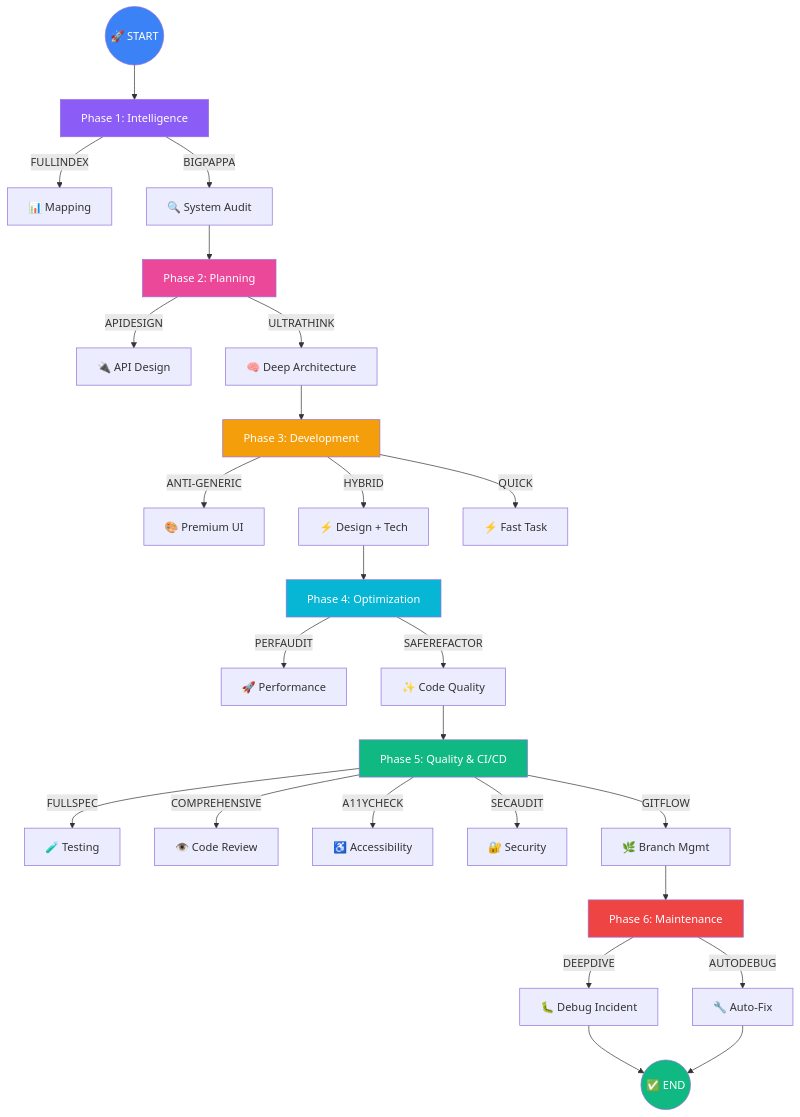
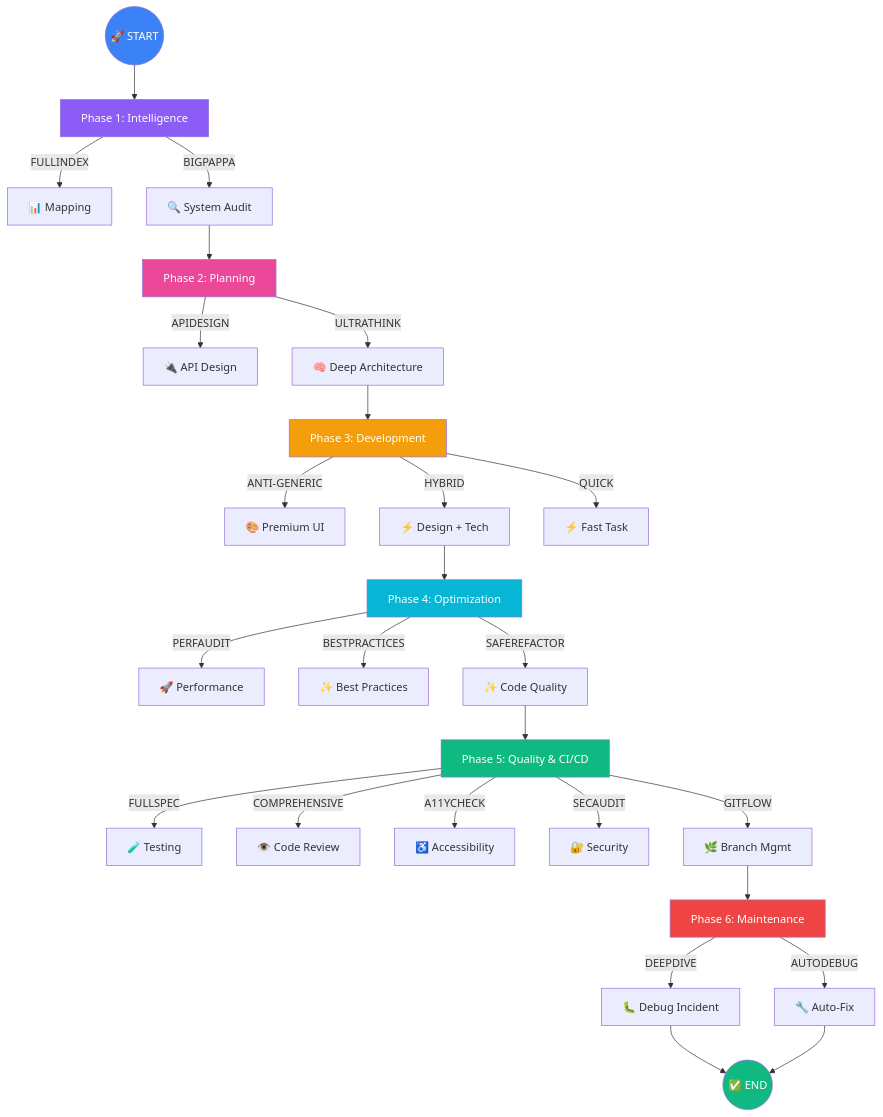
One commit to zeal422/ai-protocols-by-VectorMedia changed the diagram in docs/COMMANDS.md. Above: the diagram before and after it, drawn with Mermaid. The commit also changed other lines of this file and 41 other files, not shown here.

Commit message:
new brain protocol, best practices protocol

````diff
--- a/docs/COMMANDS.md
+++ b/docs/COMMANDS.md
@@ -9,41 +9,43 @@
 ```mermaid
 graph TD
     Start((🚀 START)) --> P1[Phase 1: Intelligence]
     P1 -->|FULLINDEX| P1a[📊 Mapping]
     P1 -->|BIGPAPPA| P1b[🔍 System Audit]
     
     P1b --> P2[Phase 2: Planning]
     P2 -->|APIDESIGN| P2a[🔌 API Design]
     P2 -->|ULTRATHINK| P2b[🧠 Deep Architecture]
     
     P2b --> P3[Phase 3: Development]
     P3 -->|ANTI-GENERIC| P3a[🎨 Premium UI]
     P3 -->|HYBRID| P3b[⚡ Design + Tech]
     P3 -->|QUICK| P3c[⚡ Fast Task]
     
     P3b --> P4[Phase 4: Optimization]
     P4 -->|PERFAUDIT| P4a[🚀 Performance]
-    P4 -->|SAFEREFACTOR| P4b[✨ Code Quality]
+    P4 -->|BESTPRACTICES| P4b[✨ Best Practices]
+    P4 -->|SAFEREFACTOR| P4c[✨ Code Quality]
     
-    P4b --> P5[Phase 5: Quality & CI/CD]
+    P4c --> P5[Phase 5: Quality & CI/CD]
+
     P5 -->|FULLSPEC| P5a[🧪 Testing]
     P5 -->|COMPREHENSIVE| P5b[👁️ Code Review]
     P5 -->|A11YCHECK| P5c[♿ Accessibility]
     P5 -->|SECAUDIT| P5d[🔐 Security]
     P5 -->|GITFLOW| P5e[🌿 Branch Mgmt]
     
     P5e --> P6[Phase 6: Maintenance]
     P6 -->|DEEPDIVE| P6a[🐛 Debug Incident]
     P6 -->|AUTODEBUG| P6b[🔧 Auto-Fix]
     P6a --> Finish((✅ END))
     P6b --> Finish
     
     style Start fill:#3b82f6,color:#fff
     style Finish fill:#10b981,color:#fff
     style P1 fill:#8b5cf6,color:#fff
     style P2 fill:#ec4899,color:#fff
     style P3 fill:#f59e0b,color:#fff
     style P4 fill:#06b6d4,color:#fff
     style P5 fill:#10b981,color:#fff
     style P6 fill:#ef4444,color:#fff
 ```
````
